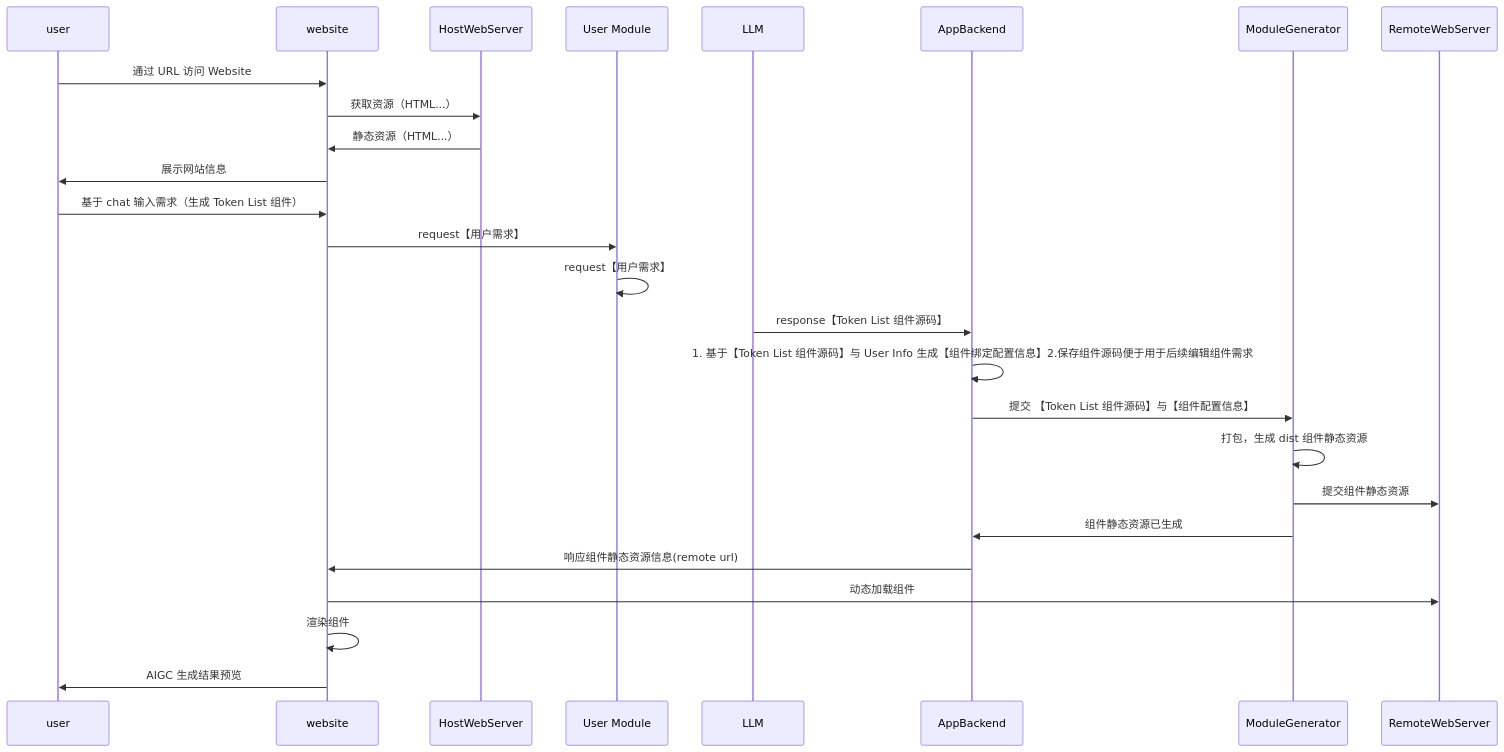
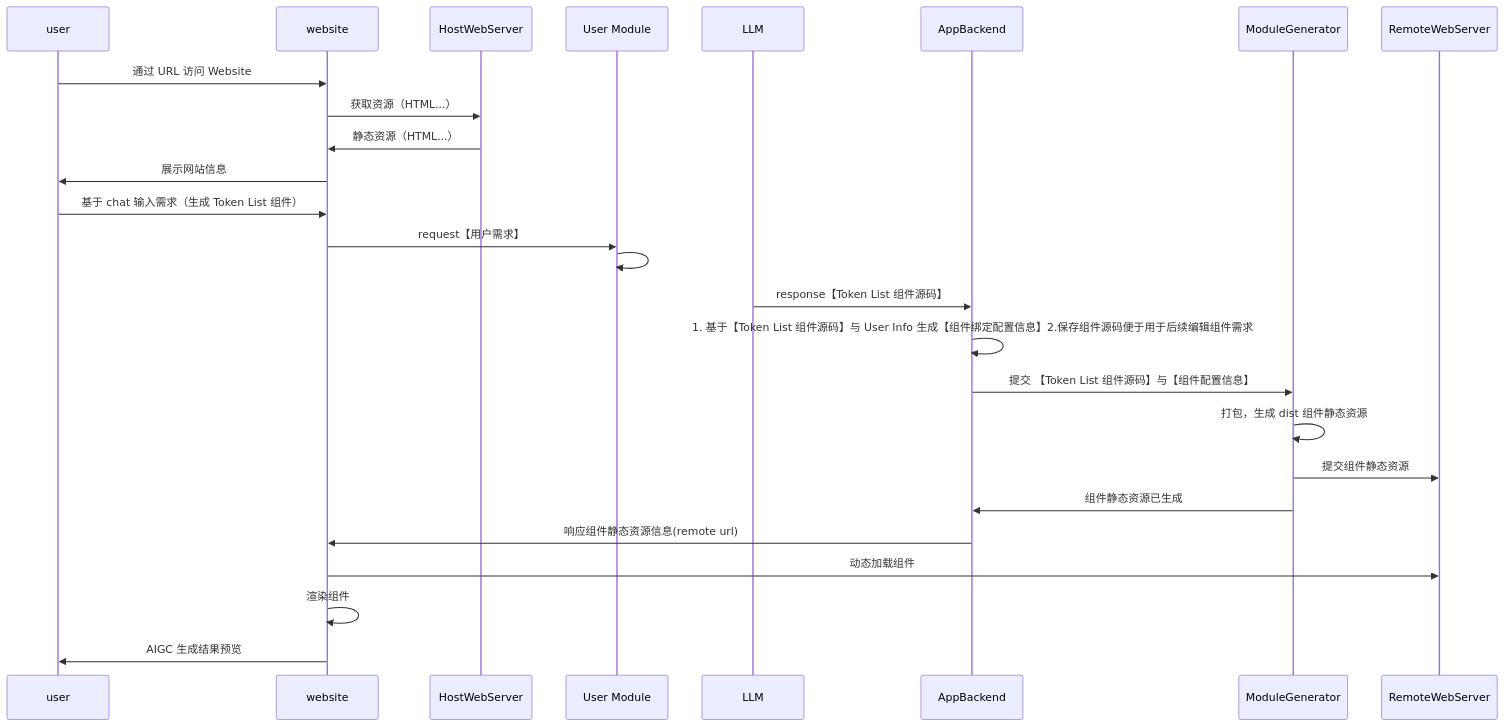
The diagram in all/未命名-7.md (yingjianzh/iodraw-files), drawn with Mermaid before and after one commit.

Commit message:
2024-10-08 15:31:24 update

````diff
--- a/all/未命名-7.md
+++ b/all/未命名-7.md
@@ -1,20 +1,20 @@
 ```mermaid
 sequenceDiagram
     user ->> website: 通过 URL 访问 Website
 	website ->> HostWebServer: 获取资源（HTML...）
 	HostWebServer ->> website: 静态资源（HTML...）
 	website ->> user: 展示网站信息
 	user ->> website: 基于 chat 输入需求（生成 Token List 组件）
 	website ->> User Module: request【用户需求】
-	User Module ->> User Module: request【用户需求】
+	User Module ->> User Module: 
 	LLM ->> AppBackend: response【Token List 组件源码】
 	AppBackend ->> AppBackend: 1. 基于【Token List 组件源码】与 User Info 生成【组件绑定配置信息】2.保存组件源码便于用于后续编辑组件需求
 	AppBackend ->> ModuleGenerator: 提交 【Token List 组件源码】与【组件配置信息】
 	ModuleGenerator ->> ModuleGenerator: 打包，生成 dist 组件静态资源
 	ModuleGenerator ->> RemoteWebServer: 提交组件静态资源
 	ModuleGenerator ->> AppBackend: 组件静态资源已生成
 	AppBackend ->> website: 响应组件静态资源信息(remote url)
 	website ->> RemoteWebServer: 动态加载组件
 	website ->> website: 渲染组件
 	website ->> user: AIGC 生成结果预览
 ```
````
